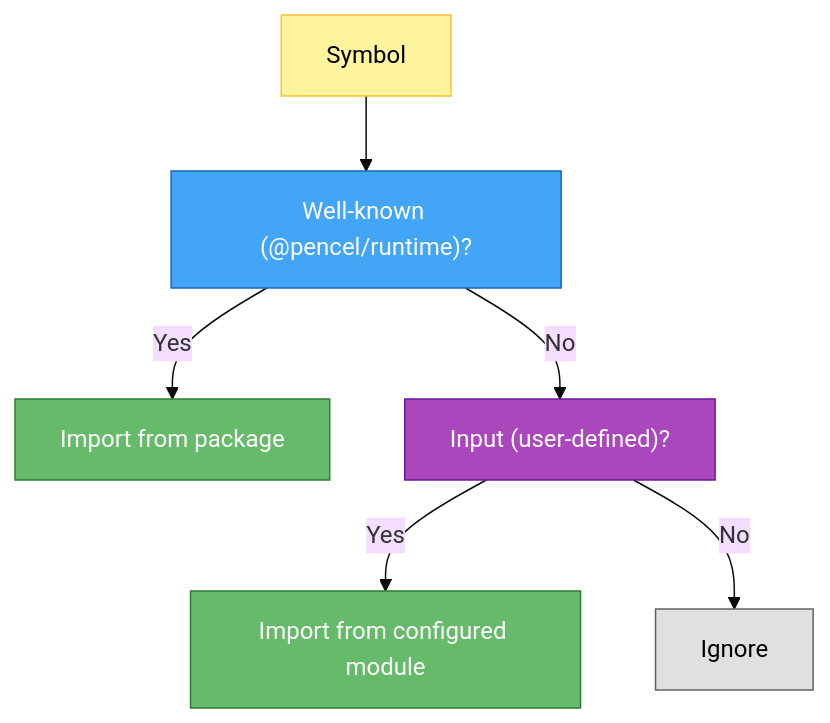
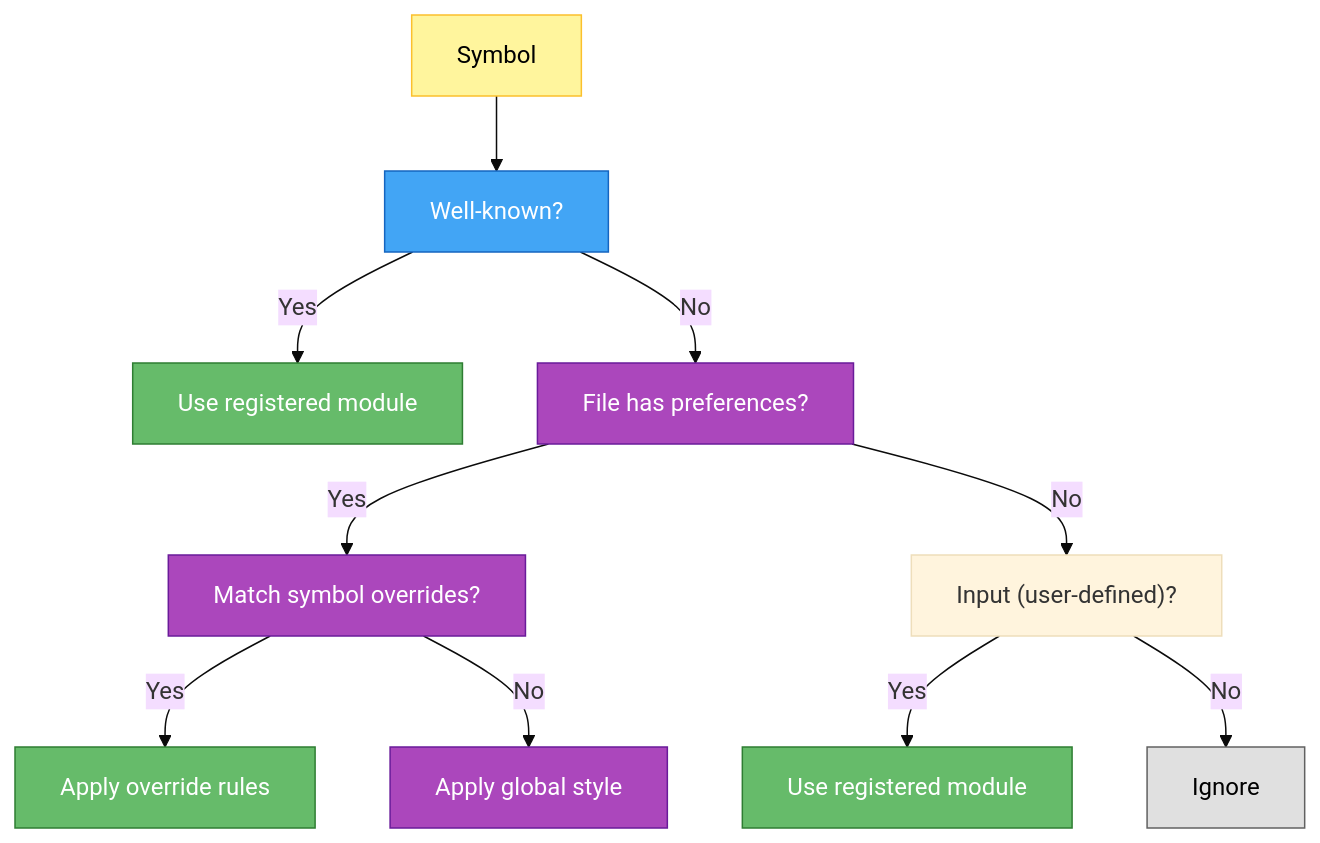
Before and after one commit to max-scopp/pencel: the diagram in apps/docs/src/content/docs/internals/preprocessing.mdx, drawn with Mermaid (base theme). The commit also changed other lines of this file and 7 other files, not shown here.

Commit message:
feat: implement import preference system for plugins; enhance symbol resolution and file generation

````diff
--- a/apps/docs/src/content/docs/internals/preprocessing.mdx
+++ b/apps/docs/src/content/docs/internals/preprocessing.mdx
@@ -186,16 +205,23 @@
 ```mermaid
 graph TD
     Symbol["Symbol"]
-    Symbol --> WK["Well-known (@pencel/runtime)?"]
-    WK -->|Yes| Import1["Import from package"]
-    WK -->|No| Input["Input (user-defined)?"]
-    Input -->|Yes| Import2["Import from configured module"]
+    Symbol --> WK["Well-known?"]
+    WK -->|Yes| Import1["Use registered module"]
+    WK -->|No| Pref["File has preferences?"]
+    Pref -->|Yes| Override["Match symbol overrides?"]
+    Override -->|Yes| Import2["Apply override rules"]
+    Override -->|No| GlobalStyle["Apply global style"]
+    Pref -->|No| Input["Input (user-defined)?"]
+    Input -->|Yes| Import3["Use registered module"]
     Input -->|No| Ignore["Ignore"]
     
     style Symbol fill:#fff59d,stroke:#fbc02d,color:#000
     style WK fill:#42a5f5,stroke:#1565c0,color:#fff
-    style Input fill:#ab47bc,stroke:#6a1b9a,color:#fff
+    style Pref fill:#ab47bc,stroke:#6a1b9a,color:#fff
+    style Override fill:#ab47bc,stroke:#6a1b9a,color:#fff
+    style GlobalStyle fill:#ab47bc,stroke:#6a1b9a,color:#fff
     style Import1 fill:#66bb6a,stroke:#2e7d32,color:#fff
     style Import2 fill:#66bb6a,stroke:#2e7d32,color:#fff
+    style Import3 fill:#66bb6a,stroke:#2e7d32,color:#fff
     style Ignore fill:#e0e0e0,stroke:#616161,color:#000
 ```
````
